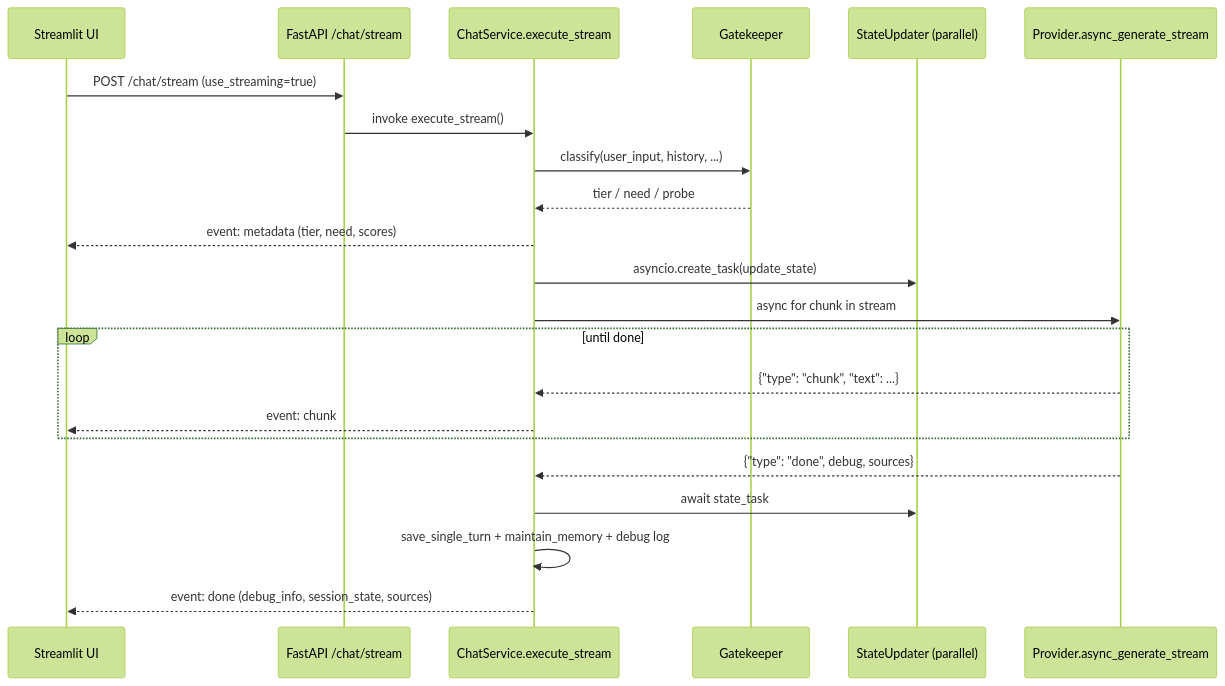
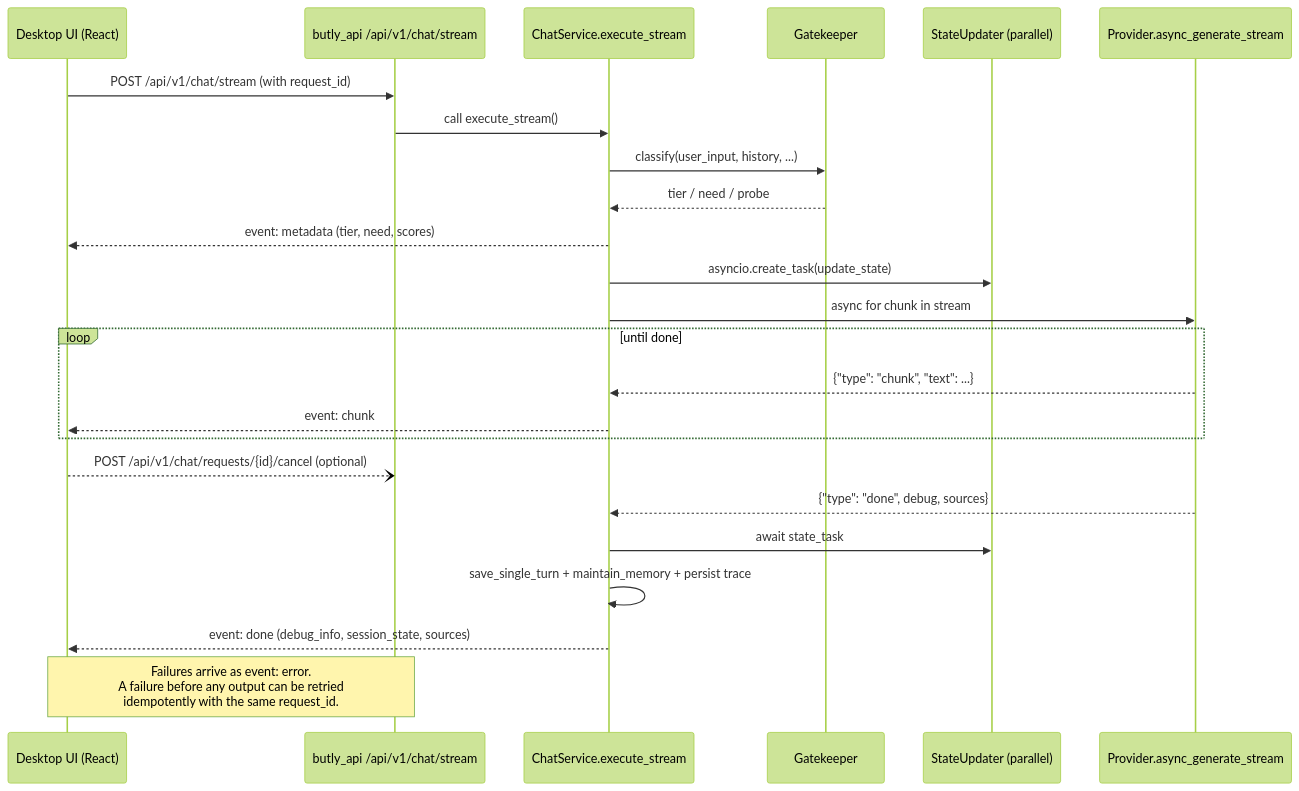
One commit to unagisann/Butly changed the eighth of 11 diagrams in docs/reference/DIAGRAMS.md. Above: the diagram before and after it, drawn with Mermaid (forest theme). The commit also changed other lines of this file and 28 other files, not shown here.

````diff
--- a/docs/reference/DIAGRAMS.md
+++ b/docs/reference/DIAGRAMS.md
@@ -158,25 +278,27 @@
 ```mermaid
 sequenceDiagram
-    participant UI as Streamlit UI
-    participant API as FastAPI /chat/stream
+    participant UI as Desktop UI (React)
+    participant API as butly_api /api/v1/chat/stream
     participant CS as ChatService.execute_stream
     participant GK as Gatekeeper
     participant SU as StateUpdater (parallel)
     participant P as Provider.async_generate_stream
 
-    UI->>API: POST /chat/stream (use_streaming=true)
-    API->>CS: invoke execute_stream()
+    UI->>API: POST /api/v1/chat/stream (with request_id)
+    API->>CS: call execute_stream()
     CS->>GK: classify(user_input, history, ...)
     GK-->>CS: tier / need / probe
     CS-->>UI: event: metadata (tier, need, scores)
     CS->>SU: asyncio.create_task(update_state)
     CS->>P: async for chunk in stream
     loop until done
         P-->>CS: {"type": "chunk", "text": ...}
         CS-->>UI: event: chunk
     end
+    UI--)API: POST /api/v1/chat/requests/{id}/cancel (optional)
     P-->>CS: {"type": "done", debug, sources}
     CS->>SU: await state_task
-    CS->>CS: save_single_turn + maintain_memory + debug log
+    CS->>CS: save_single_turn + maintain_memory + persist trace
     CS-->>UI: event: done (debug_info, session_state, sources)
+    Note over UI,API: Failures arrive as event: error.<br/>A failure before any output can be retried<br/>idempotently with the same request_id.
 ```
````
